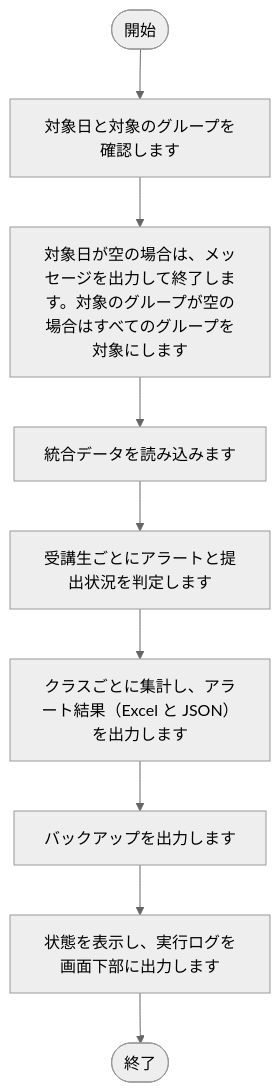
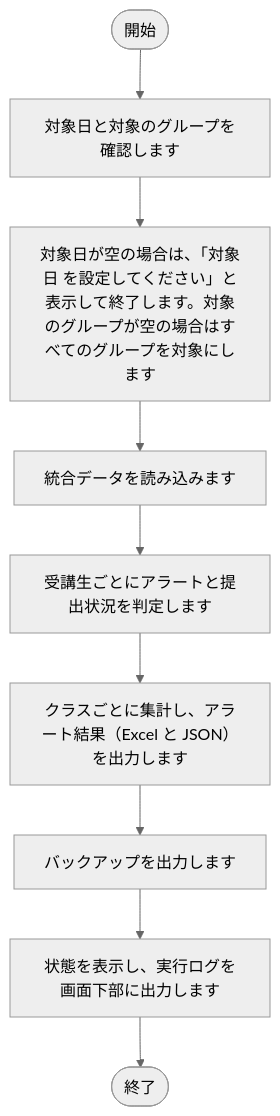
One commit to nishida2073/project_management changed the fifth of 25 diagrams in tool/kintone-aggregator/doc/02_設計/処理フロー.md. Above: the diagram before and after it, drawn with Mermaid (neutral theme). The commit also changed other lines of this file and 35 other files, not shown here.

````diff
--- a/tool/kintone-aggregator/doc/02_設計/処理フロー.md
+++ b/tool/kintone-aggregator/doc/02_設計/処理フロー.md
@@ -155,20 +155,20 @@
 ```mermaid
 flowchart TD
     S(["開始"])
     E(["終了"])
     N1["対象日と対象のグループを確認します"]
     S --> N1
-    N2["対象日が空の場合は、メッセージを出力して終了します。対象のグループが空の場合はすべてのグループを対象にします"]
+    N2["対象日が空の場合は、「対象日 を設定してください」と表示して終了します。対象のグループが空の場合はすべてのグループを対象にします"]
     N1 --> N2
     N3["統合データを読み込みます"]
     N2 --> N3
     N4["受講生ごとにアラートと提出状況を判定します"]
     N3 --> N4
     N5["クラスごとに集計し、アラート結果（Excel と JSON）を出力します"]
     N4 --> N5
     N6["バックアップを出力します"]
     N5 --> N6
     N7["状態を表示し、実行ログを画面下部に出力します"]
     N6 --> N7
     N7 --> E
 ```
````
